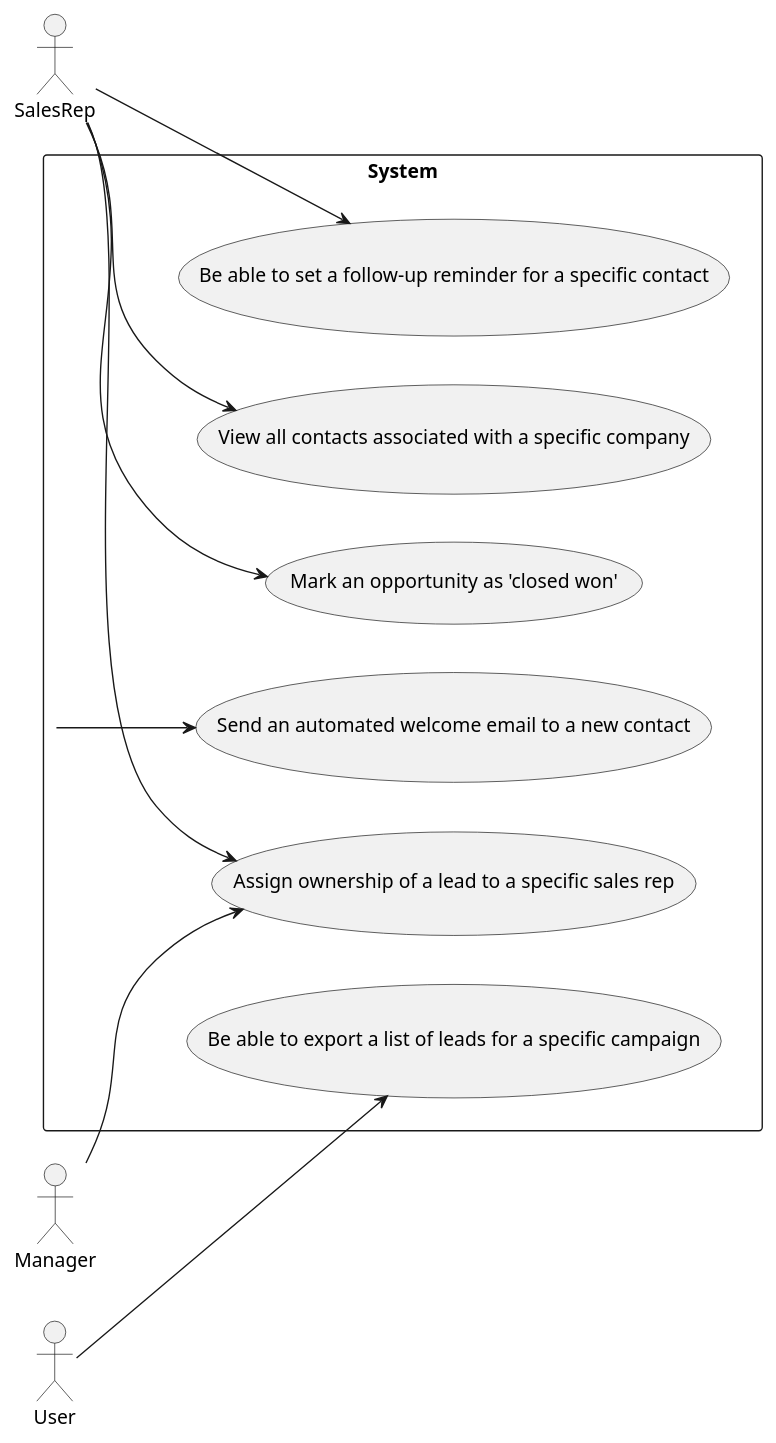
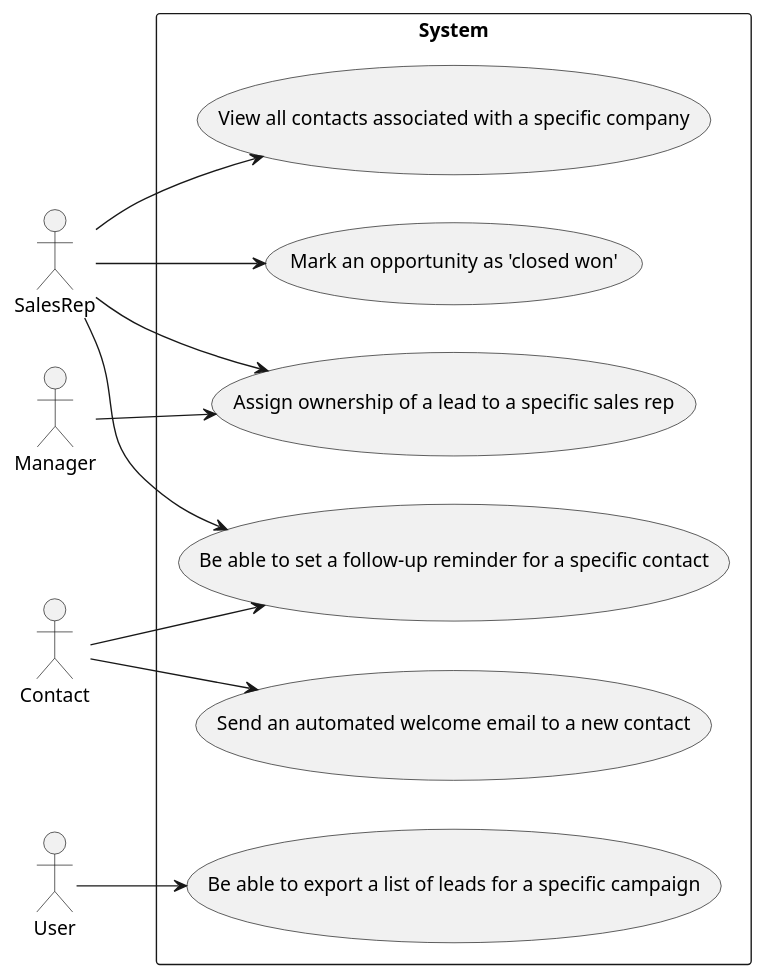
The diagram in user_stories/golden_puml/use_case/use_case_test_CRM_Advanced.puml (qamaruddin-qureshi/fyp-uml-diagram-generator), drawn with PlantUML before and after one commit. The commit also changed 5 other files, not shown here.

```diff
--- a/user_stories/golden_puml/use_case/use_case_test_CRM_Advanced.puml
+++ b/user_stories/golden_puml/use_case/use_case_test_CRM_Advanced.puml
@@ -1,22 +1,23 @@
 @startuml
 left to right direction
 actor "SalesRep" as SalesRep
+actor "Contact" as Contact
 actor "Manager" as Manager
-actor "System" as System
 actor "User" as User
 rectangle System {
 usecase "Be able to set a follow-up reminder for a specific contact" as Beabletosetafollowupreminderforaspecificcontact
 usecase "View all contacts associated with a specific company" as Viewallcontactsassociatedwithaspecificcompany
 usecase "Assign ownership of a lead to a specific sales rep" as Assignownershipofaleadtoaspecificsalesrep
 usecase "Send an automated welcome email to a new contact" as Sendanautomatedwelcomeemailtoanewcontact
 usecase "Mark an opportunity as 'closed won'" as Markanopportunityasclosedwon
 usecase "Be able to export a list of leads for a specific campaign" as Beabletoexportalistofleadsforaspecificcampaign
 }
 SalesRep --> Beabletosetafollowupreminderforaspecificcontact
+Contact --> Beabletosetafollowupreminderforaspecificcontact
 SalesRep --> Viewallcontactsassociatedwithaspecificcompany
 Manager --> Assignownershipofaleadtoaspecificsalesrep
 SalesRep --> Assignownershipofaleadtoaspecificsalesrep
-System --> Sendanautomatedwelcomeemailtoanewcontact
+Contact --> Sendanautomatedwelcomeemailtoanewcontact
 SalesRep --> Markanopportunityasclosedwon
 User --> Beabletoexportalistofleadsforaspecificcampaign
 @enduml
```
